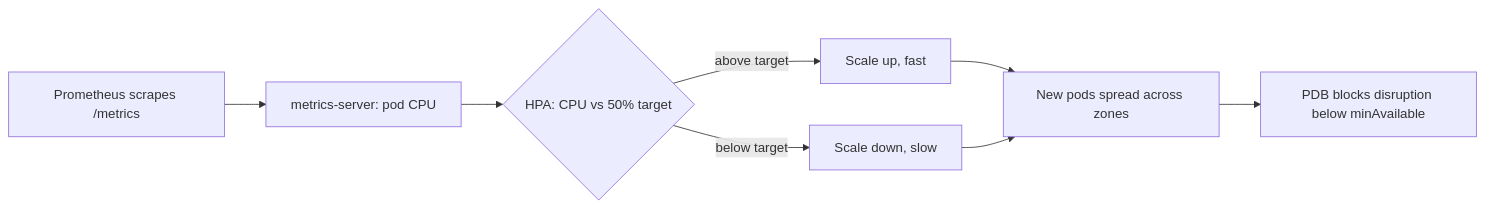
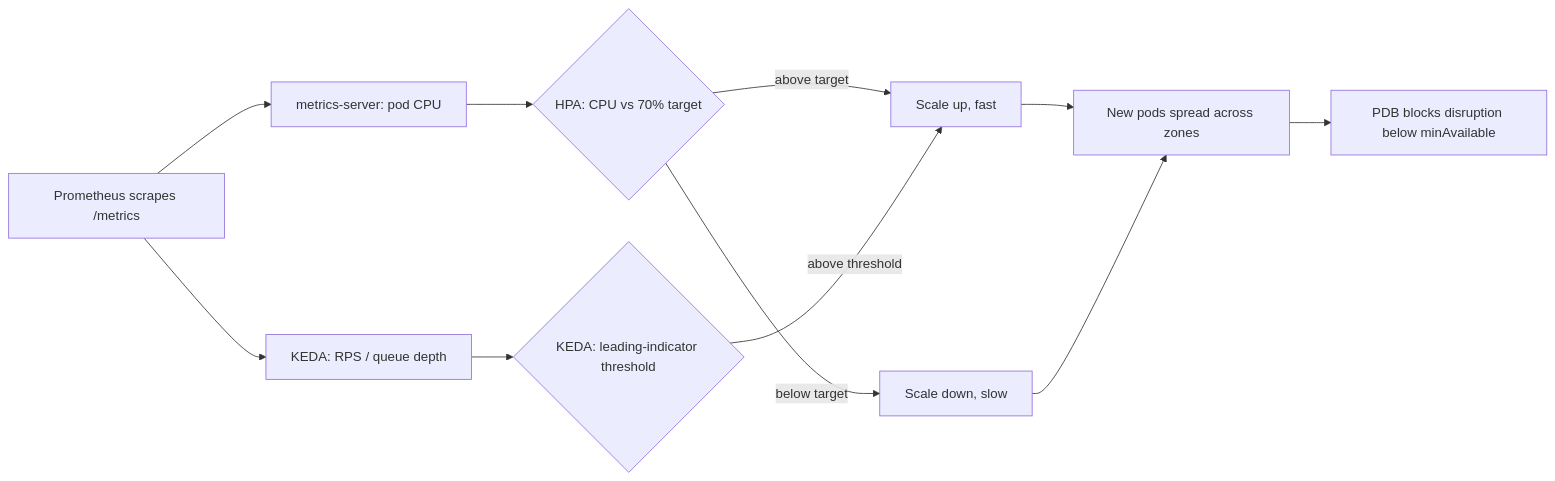
Before and after one commit to ArunKhrishna/data-sync-devops-assignment: the first of 2 diagrams in DESIGN.md, drawn with Mermaid. The commit also changed other lines of this file and 1 other file, not shown here.

````diff
--- a/DESIGN.md
+++ b/DESIGN.md
@@ -22,10 +30,13 @@
 ```mermaid
 flowchart LR
     A[Prometheus scrapes /metrics] --> B[metrics-server: pod CPU]
-    B --> C{HPA: CPU vs 50% target}
+    A --> H[KEDA: RPS / queue depth]
+    B --> C{HPA: CPU vs 70% target}
+    H --> I{KEDA: leading-indicator threshold}
     C -- above target --> D[Scale up, fast]
+    I -- above threshold --> D
     C -- below target --> E[Scale down, slow]
     D --> F[New pods spread across zones]
     E --> F
     F --> G[PDB blocks disruption below minAvailable]
 ```
````
